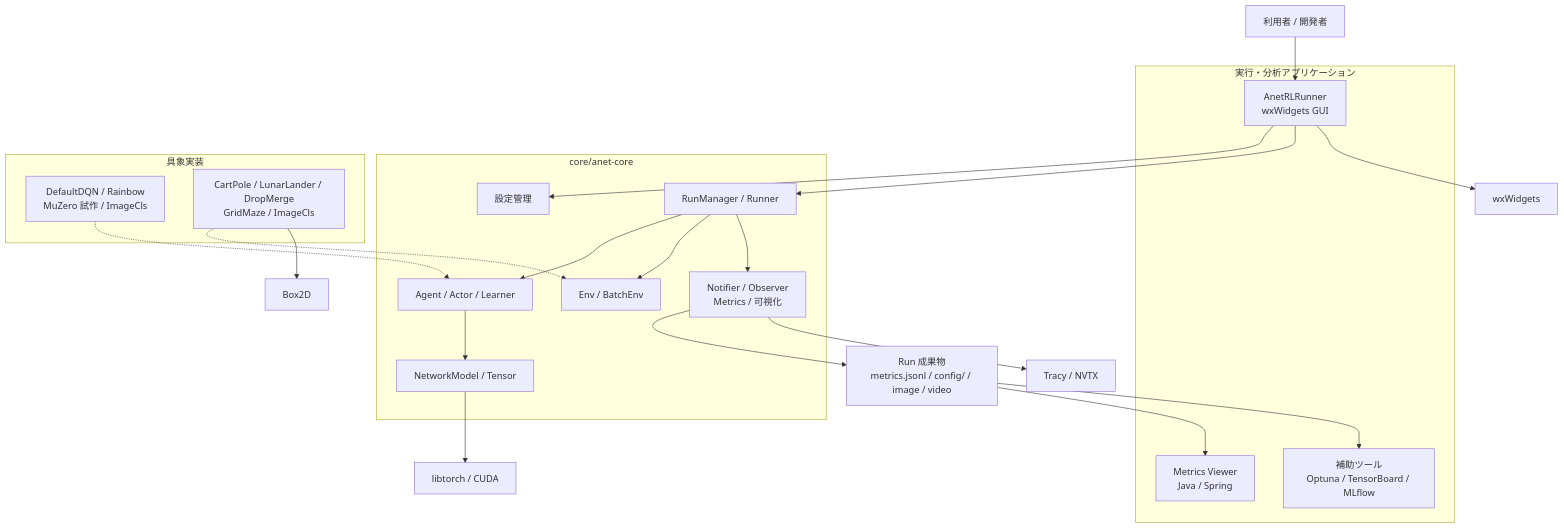
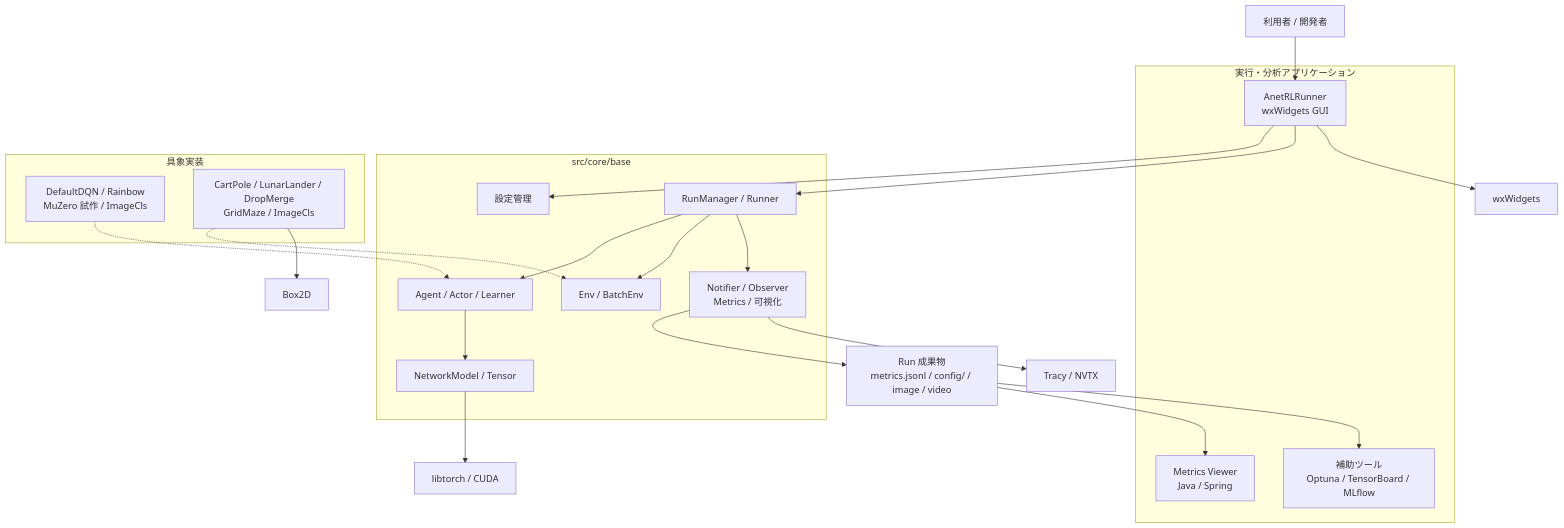
Before and after one commit to kazukin123/anet-lab: the first of 3 diagrams in docs/design/010_framework_overview.jp.md, drawn with Mermaid. The commit also changed other lines of this file and 1066 other files, not shown here.

````diff
--- a/docs/design/010_framework_overview.jp.md
+++ b/docs/design/010_framework_overview.jp.md
@@ -95,44 +95,44 @@
 ```mermaid
 flowchart TB
     user["利用者 / 開発者"]
 
     subgraph applications["実行・分析アプリケーション"]
         runner["AnetRLRunner<br/>wxWidgets GUI"]
         viewer["Metrics Viewer<br/>Java / Spring"]
         tools["補助ツール<br/>Optuna / TensorBoard / MLflow"]
     end
 
-    subgraph core["core/anet-core"]
+    subgraph core["src/core/base"]
         config["設定管理"]
         runtime["RunManager / Runner"]
         agent["Agent / Actor / Learner"]
         env_api["Env / BatchEnv"]
         network["NetworkModel / Tensor"]
         observe["Notifier / Observer<br/>Metrics / 可視化"]
     end
 
     subgraph implementations["具象実装"]
         agent_impl["DefaultDQN / Rainbow<br/>MuZero 試作 / ImageCls"]
         env_impl["CartPole / LunarLander / DropMerge<br/>GridMaze / ImageCls"]
     end
 
     artifacts["Run 成果物<br/>metrics.jsonl / config/ / image / video"]
 
     user --> runner
     runner --> config
     runner --> runtime
     runtime --> agent
     runtime --> env_api
     agent --> network
     agent_impl -.-> agent
     env_impl -.-> env_api
     runtime --> observe
     observe --> artifacts
     artifacts --> viewer
     artifacts --> tools
 
     runner --> wx["wxWidgets"]
     network --> torch["libtorch / CUDA"]
     env_impl --> box2d["Box2D"]
     observe --> profile["Tracy / NVTX"]
 ```
````
